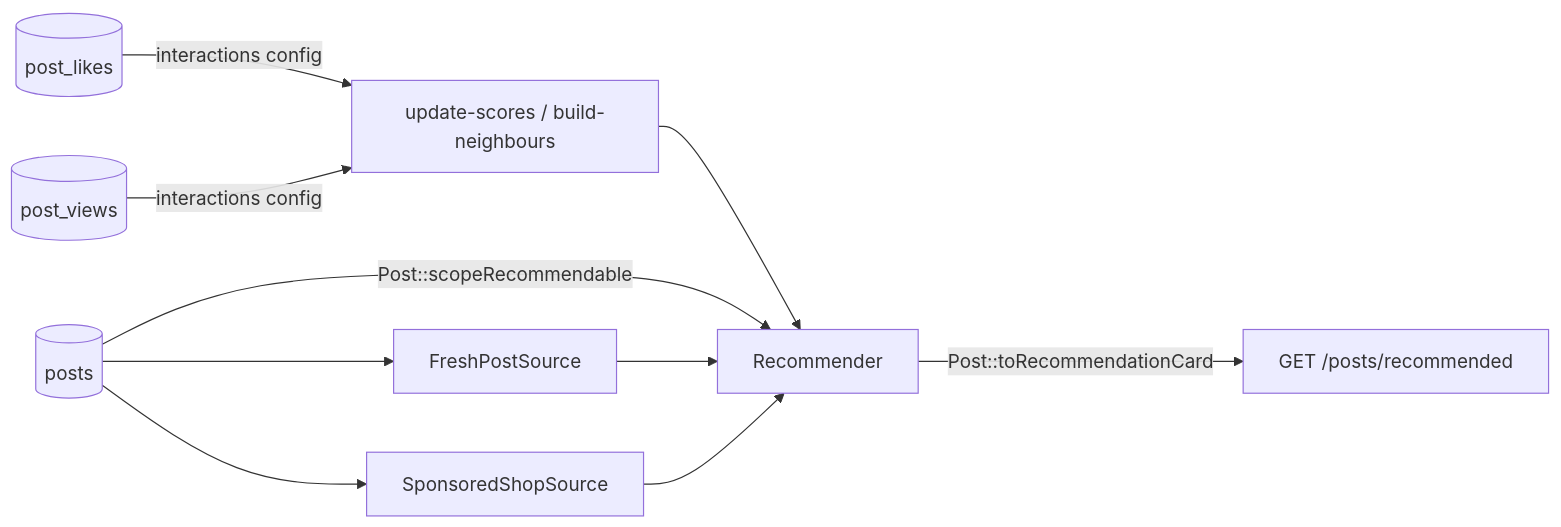
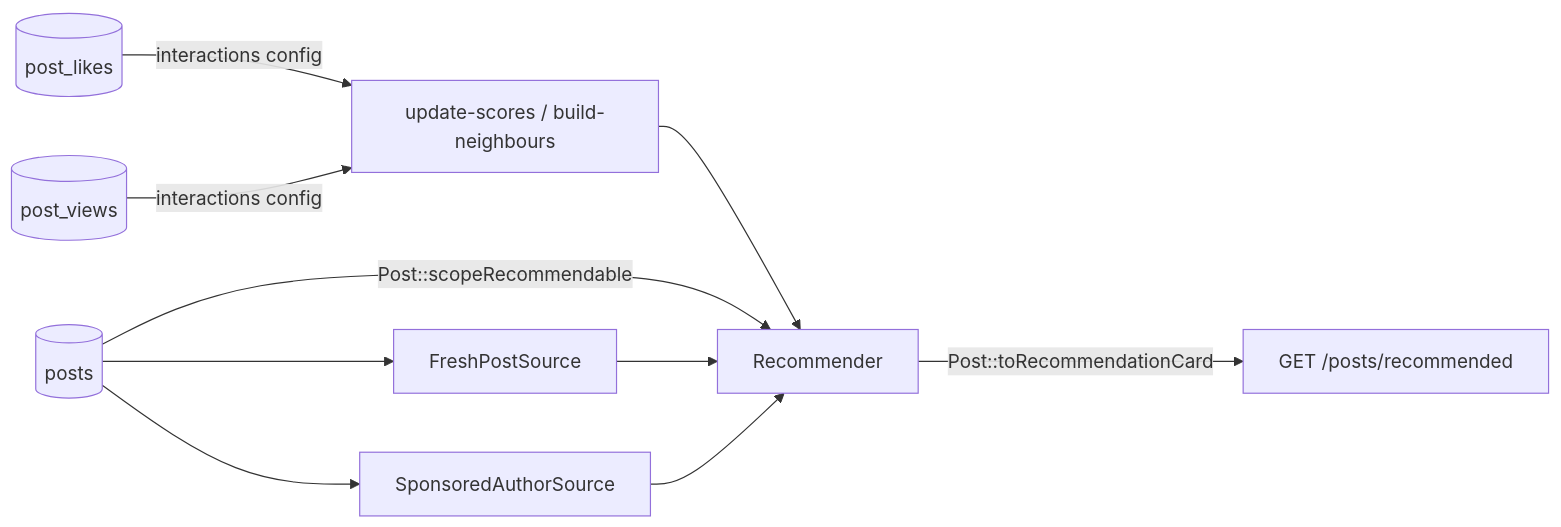
The diagram in examples/blog/README.md (solutionforest/laravel-recommender), drawn with Mermaid before and after one commit. The commit also changed other lines of this file and 21 other files, not shown here.

````diff
--- a/examples/blog/README.md
+++ b/examples/blog/README.md
@@ -7,8 +7,8 @@
 ```mermaid
 flowchart LR
   L[(post_likes)] & V[(post_views)] -->|interactions config| J["update-scores / build-neighbours"]
   J --> R[Recommender]
   P[(posts)] -->|Post::scopeRecommendable| R
-  P --> FS[FreshPostSource] & SS[SponsoredShopSource] --> R
+  P --> FS[FreshPostSource] & SS[SponsoredAuthorSource] --> R
   R -->|Post::toRecommendationCard| API["GET /posts/recommended"]
 ```
````
